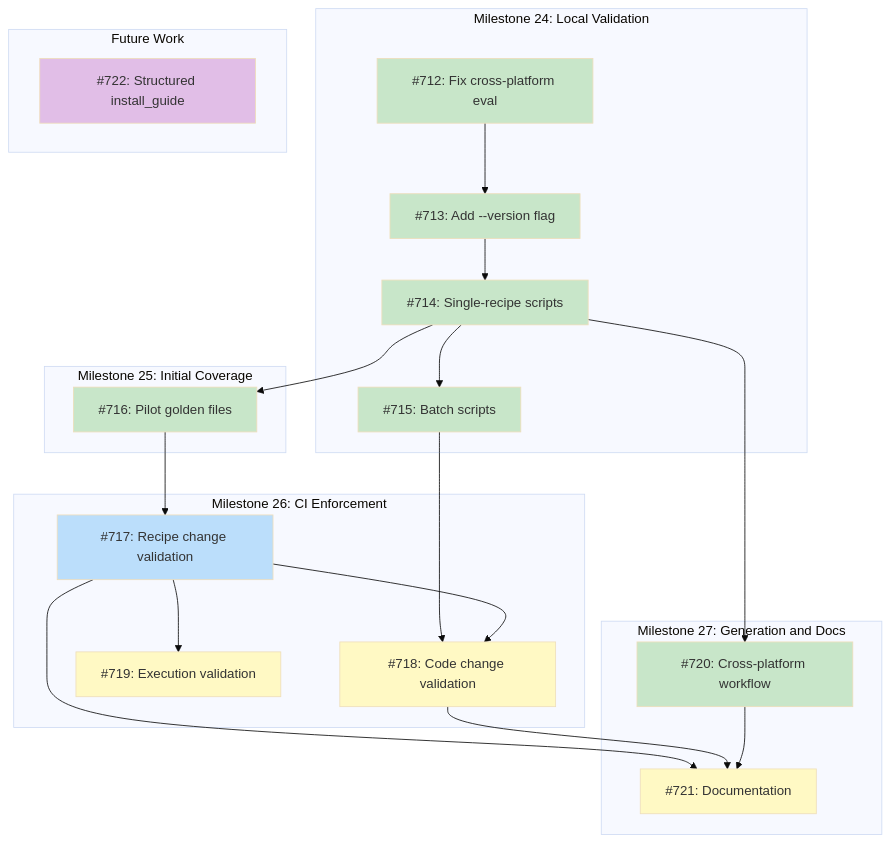
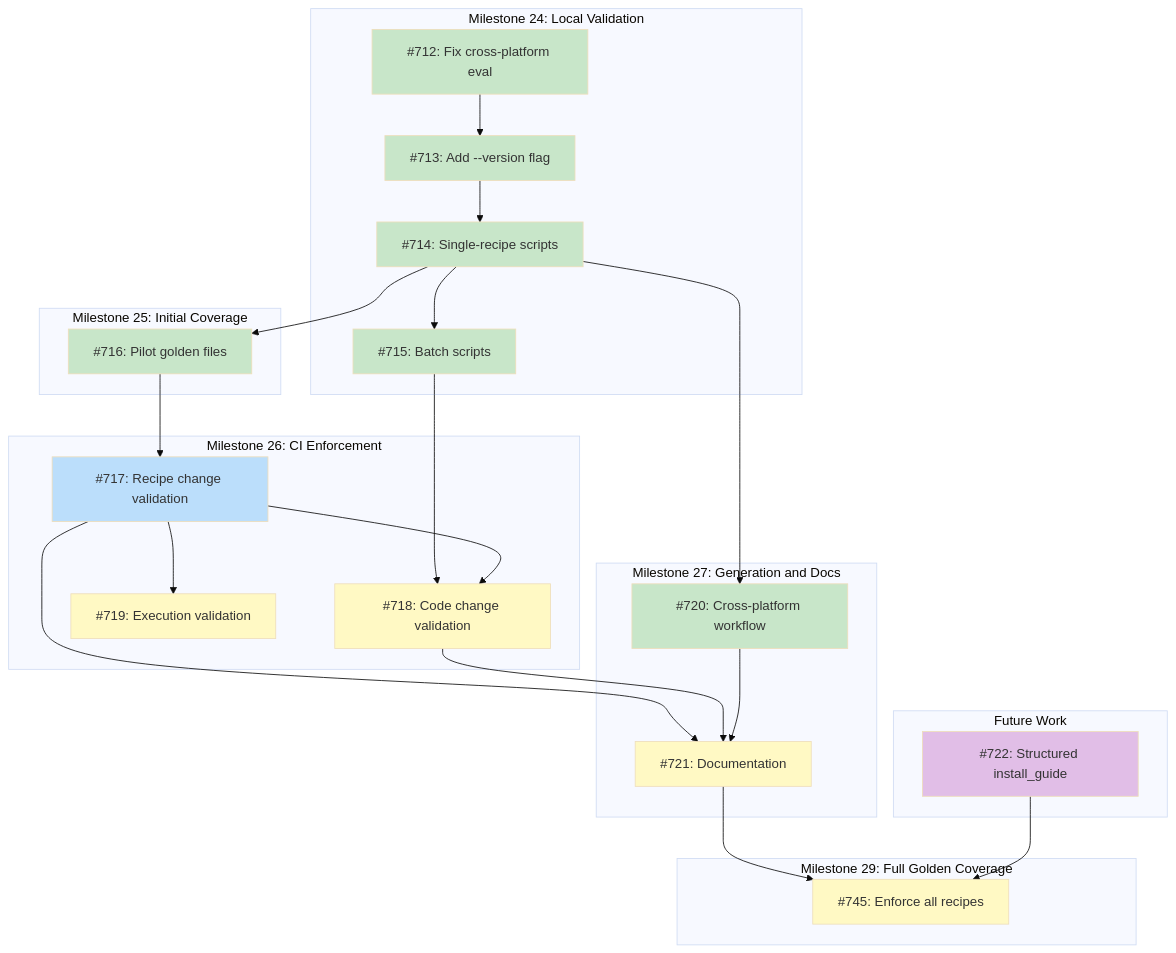
The diagram in docs/DESIGN-golden-plan-testing.md (tsukumogami/tsuku), drawn with Mermaid (base theme) before and after one commit. The commit also changed other lines of this file and 1 other file, not shown here.

Commit message:
ci(golden): add workflow to validate golden files on recipe changes (#743)
Add CI workflow that validates golden files when recipe TOML files
change
in PRs. Uses matrix strategy for parallel per-recipe validation with
download caching for efficiency.

````diff
--- a/docs/DESIGN-golden-plan-testing.md
+++ b/docs/DESIGN-golden-plan-testing.md
@@ -47,51 +48,57 @@
 ```mermaid
 graph TD
     subgraph M24["Milestone 24: Local Validation"]
         I712["#712: Fix cross-platform eval"]
         I713["#713: Add --version flag"]
         I714["#714: Single-recipe scripts"]
         I715["#715: Batch scripts"]
     end
 
     subgraph M25["Milestone 25: Initial Coverage"]
         I716["#716: Pilot golden files"]
     end
 
     subgraph M26["Milestone 26: CI Enforcement"]
         I717["#717: Recipe change validation"]
         I718["#718: Code change validation"]
         I719["#719: Execution validation"]
     end
 
     subgraph M27["Milestone 27: Generation and Docs"]
         I720["#720: Cross-platform workflow"]
         I721["#721: Documentation"]
     end
 
+    subgraph M29["Milestone 29: Full Golden Coverage"]
+        I745["#745: Enforce all recipes"]
+    end
+
     subgraph Future["Future Work"]
         I722["#722: Structured install_guide"]
     end
 
     I712 --> I713
     I713 --> I714
     I714 --> I715
     I714 --> I716
     I714 --> I720
     I716 --> I717
     I715 --> I718
     I717 --> I718
     I717 --> I719
     I717 --> I721
     I718 --> I721
     I720 --> I721
+    I721 --> I745
+    I722 --> I745
 
     classDef done fill:#c8e6c9
     classDef ready fill:#bbdefb
     classDef blocked fill:#fff9c4
     classDef needsDesign fill:#e1bee7
 
     class I712,I713,I714,I715,I716,I720 done
     class I717 ready
-    class I718,I719,I721 blocked
+    class I718,I719,I721,I745 blocked
     class I722 needsDesign
 ```
````
